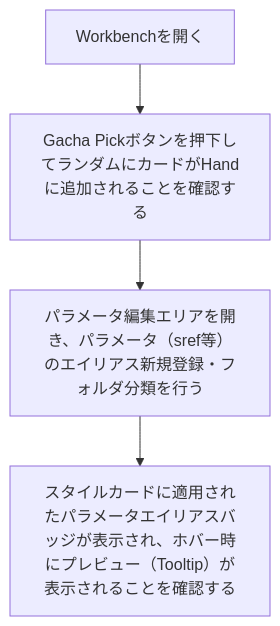
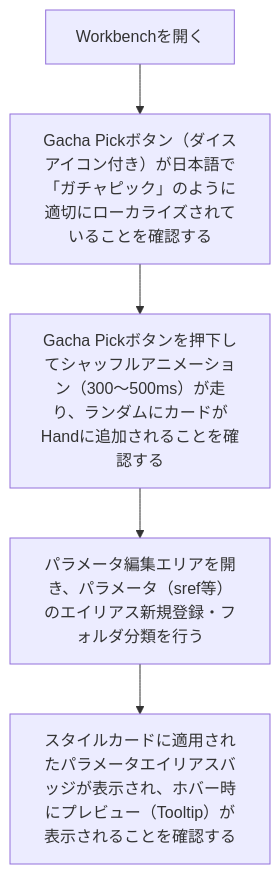
One commit to tmaeda11235/style-atelier changed diagram 34 of 38 in memory-bank/userJourneys.md. Above: the diagram before and after it, drawn with Mermaid. The commit also changed 11 other files, not shown here.

````diff
--- a/memory-bank/userJourneys.md
+++ b/memory-bank/userJourneys.md
@@ -566,10 +566,12 @@
 ```mermaid
 flowchart TD
   S1["Workbenchを開く"]
-  S2["Gacha Pickボタンを押下してランダムにカードがHandに追加されることを確認する"]
+  S2["Gacha Pickボタン（ダイスアイコン付き）が日本語で「ガチャピック」のように適切にローカライズされていることを確認する"]
   S1 --> S2
-  S3["パラメータ編集エリアを開き、パラメータ（sref等）のエイリアス新規登録・フォルダ分類を行う"]
+  S3["Gacha Pickボタンを押下してシャッフルアニメーション（300〜500ms）が走り、ランダムにカードがHandに追加されることを確認する"]
   S2 --> S3
-  S4["スタイルカードに適用されたパラメータエイリアスバッジが表示され、ホバー時にプレビュー（Tooltip）が表示されることを確認する"]
+  S4["パラメータ編集エリアを開き、パラメータ（sref等）のエイリアス新規登録・フォルダ分類を行う"]
   S3 --> S4
+  S5["スタイルカードに適用されたパラメータエイリアスバッジが表示され、ホバー時にプレビュー（Tooltip）が表示されることを確認する"]
+  S4 --> S5
 ```
````
